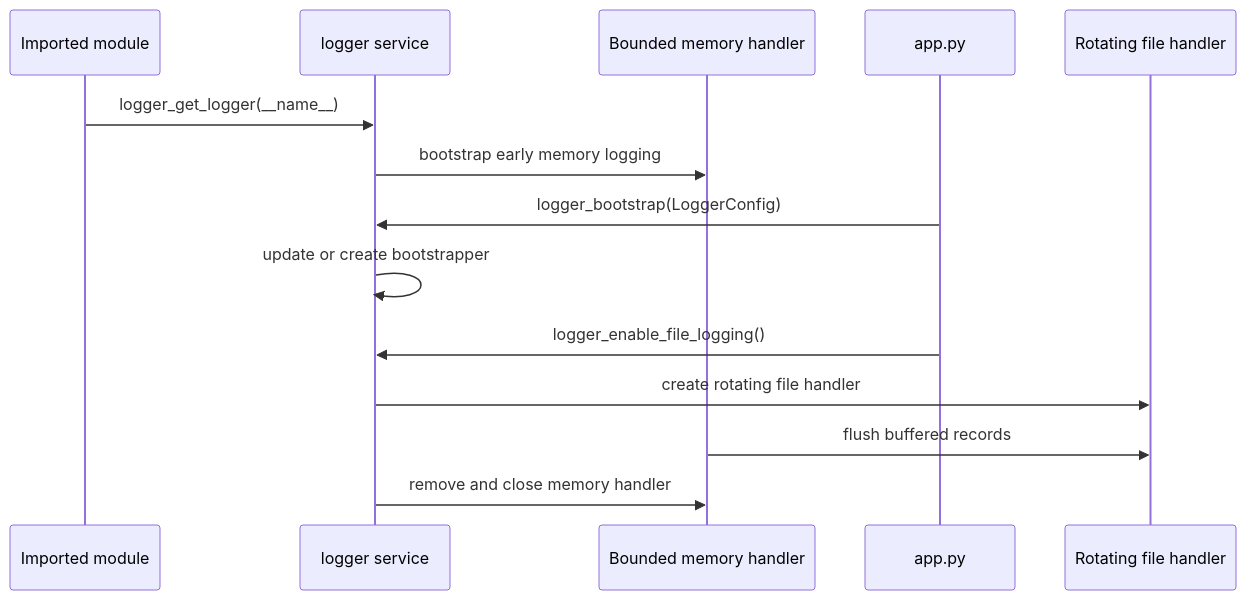
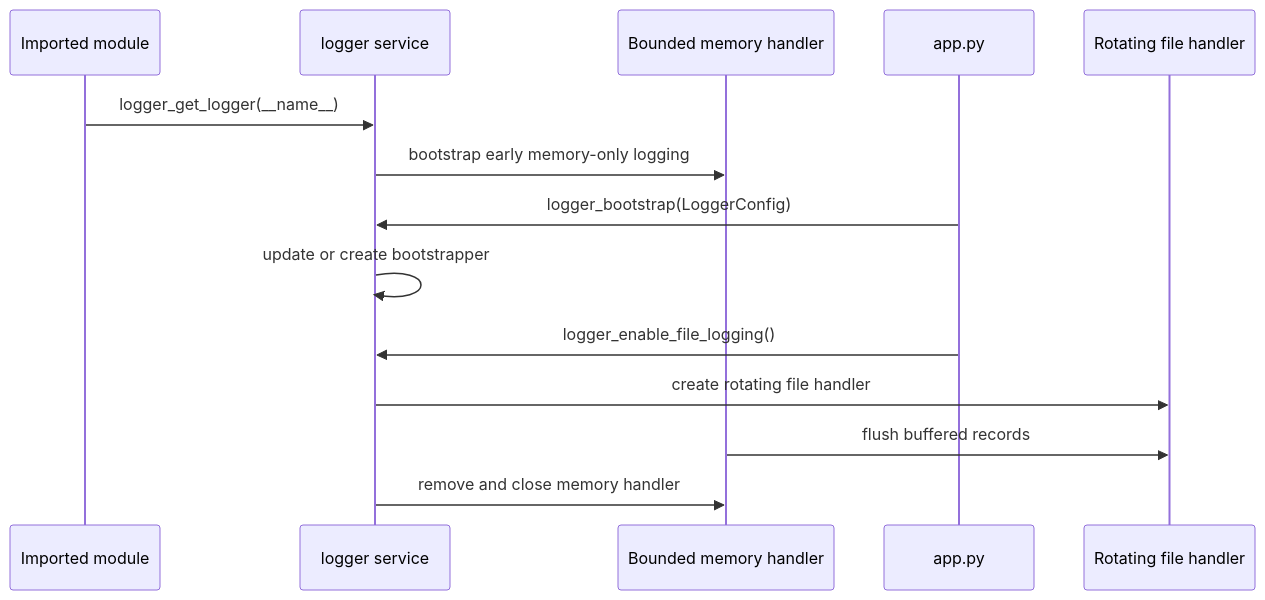
The second of 2 diagrams in docs/logging.md (Fonze81/NiceGui-Windows-Base), drawn with Mermaid before and after one commit. The commit also changed other lines of this file and 7 other files, not shown here.

First line of the commit message:
fix(settings): align scoped settings release and silent early logging

````diff
--- a/docs/logging.md
+++ b/docs/logging.md
@@ -94,17 +94,17 @@
 ```mermaid
 sequenceDiagram
     participant Module as Imported module
     participant Service as logger service
     participant Memory as Bounded memory handler
     participant App as app.py
     participant File as Rotating file handler
 
     Module->>Service: logger_get_logger(__name__)
-    Service->>Memory: bootstrap early memory logging
+    Service->>Memory: bootstrap early memory-only logging
     App->>Service: logger_bootstrap(LoggerConfig)
     Service->>Service: update or create bootstrapper
     App->>Service: logger_enable_file_logging()
     Service->>File: create rotating file handler
     Memory->>File: flush buffered records
     Service->>Memory: remove and close memory handler
 ```
````
